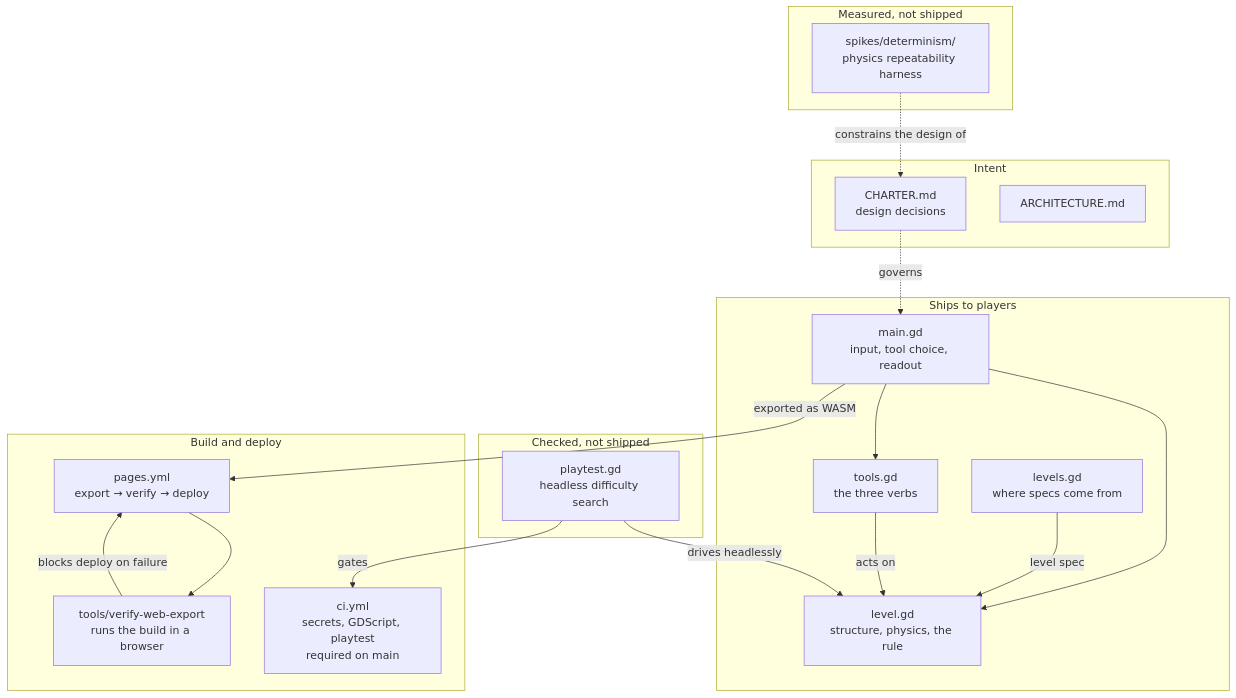
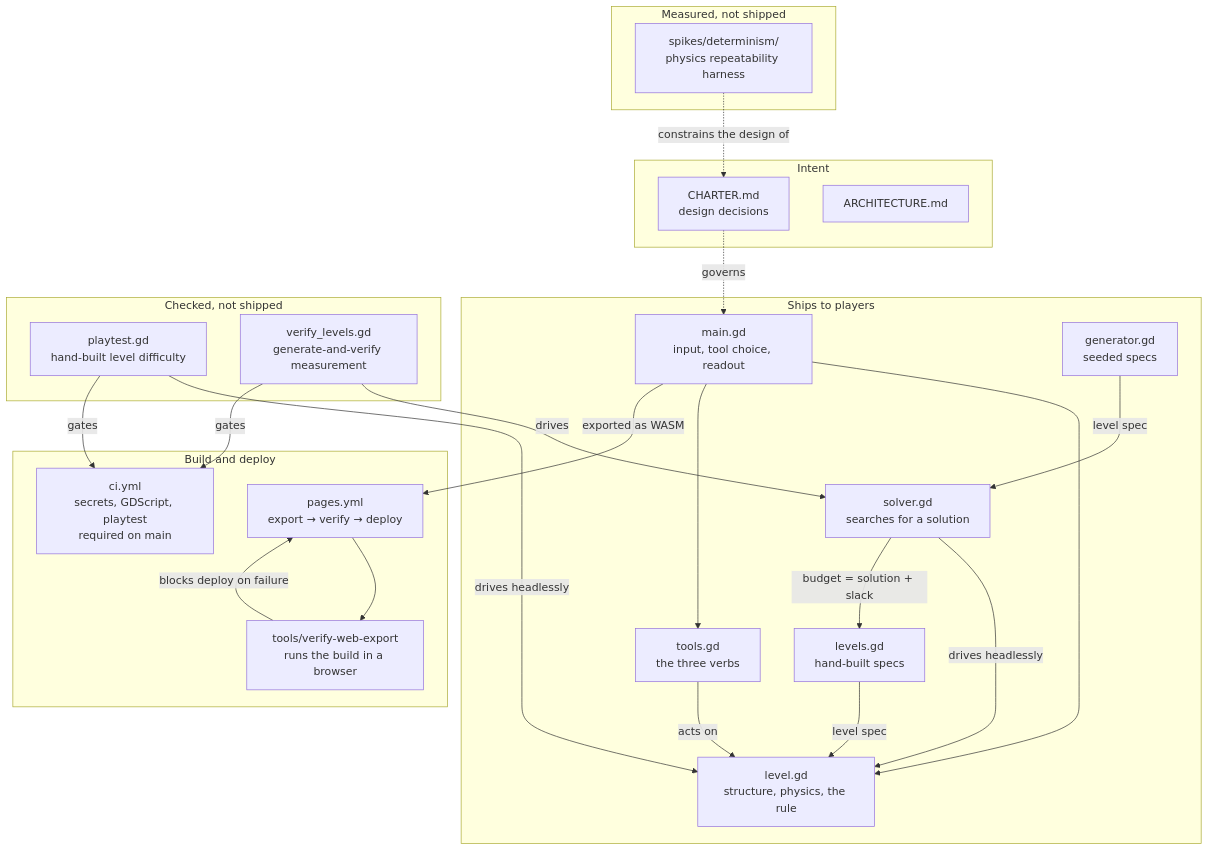
Before and after one commit to CoderCoop/CrumplZone: the first of 3 diagrams in ARCHITECTURE.md, drawn with Mermaid. The commit also changed other lines of this file and 11 other files, not shown here.

First line of the commit message:
feat: generate levels and verify each one solvable (#10)

````diff
--- a/ARCHITECTURE.md
+++ b/ARCHITECTURE.md
@@ -12,40 +12,48 @@
 ```mermaid
 graph TD
     subgraph ships["Ships to players"]
         main["main.gd<br/>input, tool choice, readout"]
         level["level.gd<br/>structure, physics, the rule"]
         tools["tools.gd<br/>the three verbs"]
-        levels["levels.gd<br/>where specs come from"]
+        levels["levels.gd<br/>hand-built specs"]
+        generator["generator.gd<br/>seeded specs"]
+        solver["solver.gd<br/>searches for a solution"]
     end
 
     subgraph checks["Checked, not shipped"]
-        playtest["playtest.gd<br/>headless difficulty search"]
+        playtest["playtest.gd<br/>hand-built level difficulty"]
+        verifylv["verify_levels.gd<br/>generate-and-verify measurement"]
     end
 
     subgraph build["Build and deploy"]
         pages["pages.yml<br/>export → verify → deploy"]
         verify["tools/verify-web-export<br/>runs the build in a browser"]
         ci["ci.yml<br/>secrets, GDScript, playtest<br/>required on main"]
     end
 
     subgraph knowledge["Measured, not shipped"]
         spike["spikes/determinism/<br/>physics repeatability harness"]
     end
 
     subgraph docs["Intent"]
         charter["CHARTER.md<br/>design decisions"]
         arch["ARCHITECTURE.md"]
     end
 
     main --> level
     main --> tools
     levels -->|level spec| level
     tools -->|acts on| level
+    generator -->|level spec| solver
+    solver -->|drives headlessly| level
+    solver -->|budget = solution + slack| levels
     playtest -->|drives headlessly| level
+    verifylv -->|drives| solver
     playtest -->|gates| ci
+    verifylv -->|gates| ci
     main -->|exported as WASM| pages
     pages --> verify
     verify -->|blocks deploy on failure| pages
     spike -.->|constrains the design of| charter
     charter -.->|governs| main
 ```
````
